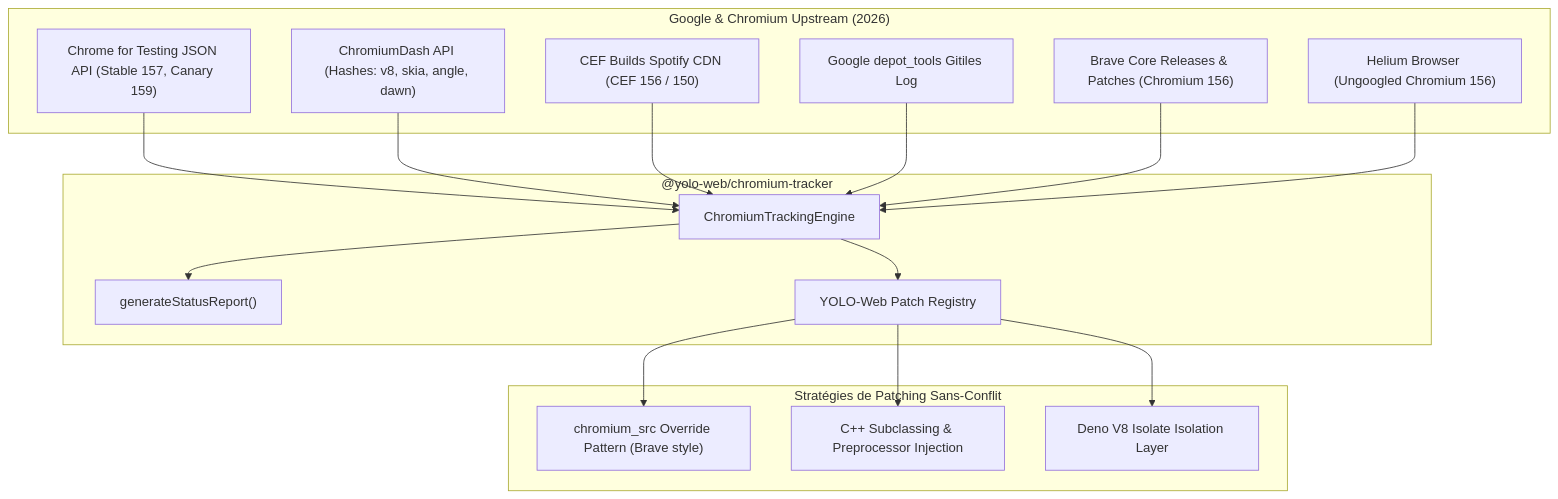
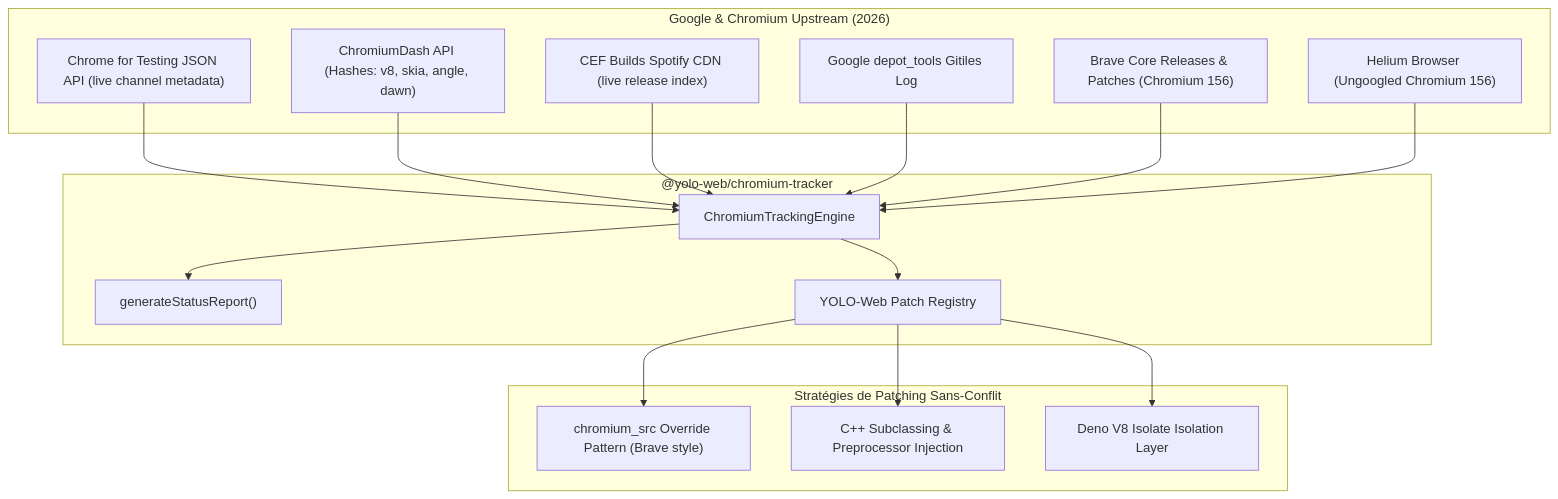
The diagram in docs/CHROMIUM_TRACKING_AND_AUTOMATION.md (yolo-rs/yolo-web), drawn with Mermaid before and after one commit. The commit also changed other lines of this file and 21076 other files, not shown here.

````diff
--- a/docs/CHROMIUM_TRACKING_AND_AUTOMATION.md
+++ b/docs/CHROMIUM_TRACKING_AND_AUTOMATION.md
@@ -17,36 +17,36 @@
 ```mermaid
 flowchart TD
     subgraph Upstream ["Google & Chromium Upstream (2026)"]
-        CFT["Chrome for Testing JSON API (Stable 157, Canary 159)"]
+        CFT["Chrome for Testing JSON API (live channel metadata)"]
         CDASH["ChromiumDash API (Hashes: v8, skia, angle, dawn)"]
-        CEF["CEF Builds Spotify CDN (CEF 156 / 150)"]
+        CEF["CEF Builds Spotify CDN (live release index)"]
         DEPOT["Google depot_tools Gitiles Log"]
         BRAVE["Brave Core Releases & Patches (Chromium 156)"]
         HELIUM["Helium Browser (Ungoogled Chromium 156)"]
     end
 
     subgraph YOLO_Tracker ["@yolo-web/chromium-tracker"]
         ENGINE["ChromiumTrackingEngine"]
         REPORT["generateStatusReport()"]
         PATCH_REG["YOLO-Web Patch Registry"]
     end
 
     subgraph Patches ["Stratégies de Patching Sans-Conflit"]
         OVR["chromium_src Override Pattern (Brave style)"]
         SUB["C++ Subclassing & Preprocessor Injection"]
         DENO["Deno V8 Isolate Isolation Layer"]
     end
 
     CFT --> ENGINE
     CDASH --> ENGINE
     CEF --> ENGINE
     DEPOT --> ENGINE
     BRAVE --> ENGINE
     HELIUM --> ENGINE
 
     ENGINE --> REPORT
     ENGINE --> PATCH_REG
     PATCH_REG --> OVR
     PATCH_REG --> SUB
     PATCH_REG --> DENO
 ```
````
